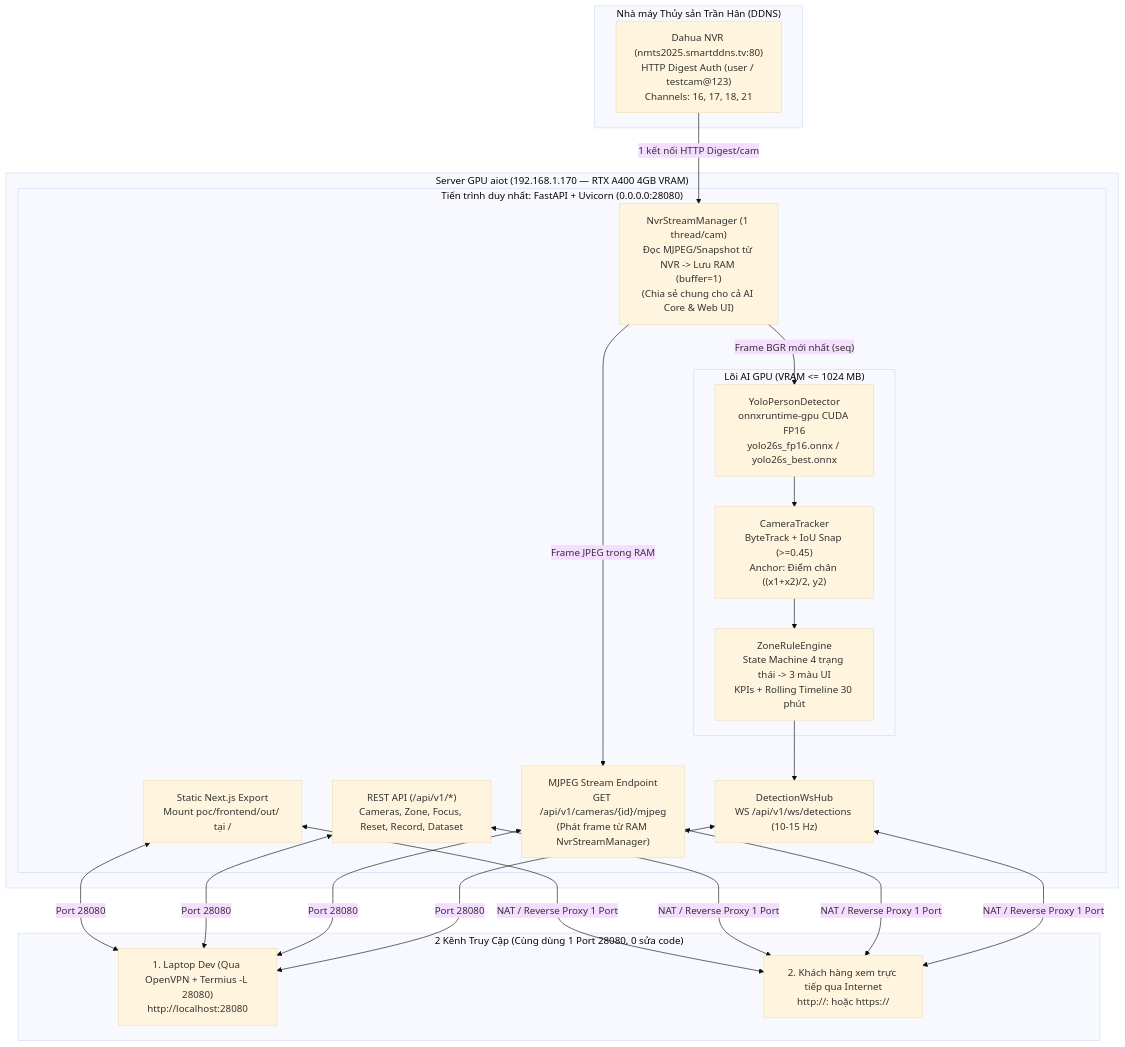
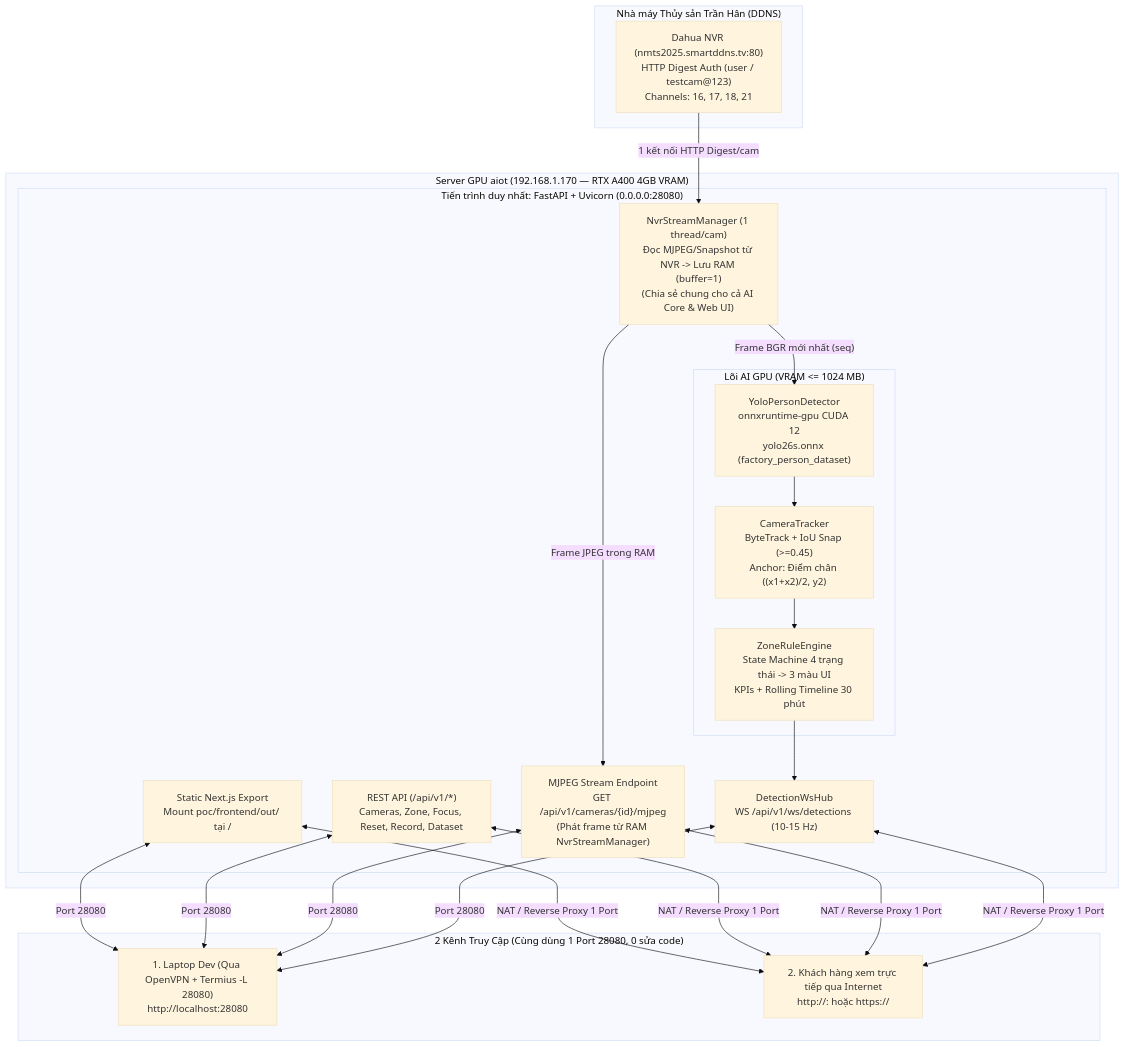
Before and after one commit to phamvantienkiz/atin_tran_han_industry: the diagram in poc/docs/pocv001/00_MASTER_OVERVIEW_AND_ARCHITECTURE.md, drawn with Mermaid (base theme). The commit also changed other lines of this file and 11 other files, not shown here.

````diff
--- a/poc/docs/pocv001/00_MASTER_OVERVIEW_AND_ARCHITECTURE.md
+++ b/poc/docs/pocv001/00_MASTER_OVERVIEW_AND_ARCHITECTURE.md
@@ -39,36 +39,36 @@
 ```mermaid
 flowchart TB
     subgraph TRANHAN["Nhà máy Thủy sản Trần Hân (DDNS)"]
         NVR["Dahua NVR (nmts2025.smartddns.tv:80)\nHTTP Digest Auth (user / testcam@123)\nChannels: 16, 17, 18, 21"]
     end
 
     subgraph AIOT["Server GPU aiot (192.168.1.170 — RTX A400 4GB VRAM)"]
         subgraph FASTAPI["Tiến trình duy nhất: FastAPI + Uvicorn (0.0.0.0:28080)"]
             STREAM["NvrStreamManager (1 thread/cam)\nĐọc MJPEG/Snapshot từ NVR -> Lưu RAM (buffer=1)\n(Chia sẻ chung cho cả AI Core & Web UI)"]
             
             subgraph AICORE["Lõi AI GPU (VRAM <= 1024 MB)"]
-                DET["YoloPersonDetector\nonnxruntime-gpu CUDA FP16\nyolo26s_fp16.onnx / yolo26s_best.onnx"]
+                DET["YoloPersonDetector\nonnxruntime-gpu CUDA 12\nyolo26s.onnx (factory_person_dataset)"]
                 TRK["CameraTracker\nByteTrack + IoU Snap (>=0.45)\nAnchor: Điểm chân ((x1+x2)/2, y2)"]
                 RULE["ZoneRuleEngine\nState Machine 4 trạng thái -> 3 màu UI\nKPIs + Rolling Timeline 30 phút"]
             end
 
             WSHUB["DetectionWsHub\nWS /api/v1/ws/detections (10-15 Hz)"]
             MJPEG["MJPEG Stream Endpoint\nGET /api/v1/cameras/{id}/mjpeg\n(Phát frame từ RAM NvrStreamManager)"]
             REST["REST API (/api/v1/*)\nCameras, Zone, Focus, Reset, Record, Dataset"]
             STATIC["Static Next.js Export\nMount poc/frontend/out/ tại /"]
         end
     end
 
     subgraph ACCESS["2 Kênh Truy Cập (Cùng dùng 1 Port 28080, 0 sửa code)"]
         DEV["1. Laptop Dev (Qua OpenVPN + Termius -L 28080)\nhttp://localhost:28080"]
         CUST["2. Khách hàng xem trực tiếp qua Internet\nhttp://<PUBLIC_IP>:<PORT> hoặc https://<DOMAIN_CTY>"]
     end
 
     NVR -->|"1 kết nối HTTP Digest/cam"| STREAM
     STREAM -->|"Frame BGR mới nhất (seq)"| DET
     DET --> TRK --> RULE --> WSHUB
     STREAM -->|"Frame JPEG trong RAM"| MJPEG
     
     STATIC & REST & MJPEG & WSHUB <-->|"Port 28080"| DEV
     STATIC & REST & MJPEG & WSHUB <-->|"NAT / Reverse Proxy 1 Port"| CUST
 ```
````
